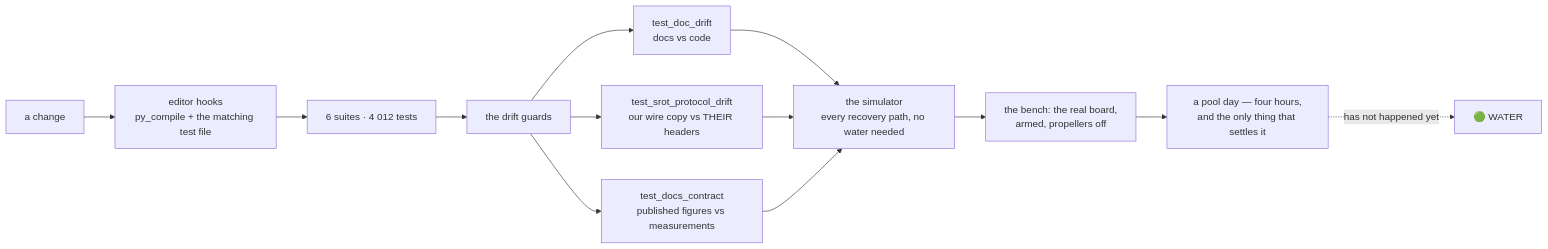
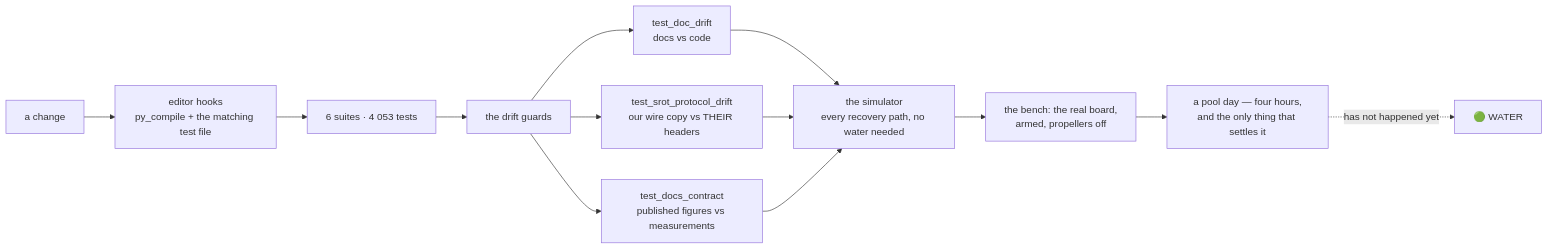
One commit to fh1m/mongla_ws changed the ninth of 10 diagrams in README.md. Above: the diagram before and after it, drawn with Mermaid. The commit also changed other lines of this file and 11 other files, not shown here.

````diff
--- a/README.md
+++ b/README.md
@@ -752,15 +752,15 @@
 ```mermaid
 flowchart LR
     DEV["a change"] --> HOOK["editor hooks<br/>py_compile + the matching test file"]
-    HOOK --> UNIT["6 suites · 4 012 tests"]
+    HOOK --> UNIT["6 suites · 4 053 tests"]
     UNIT --> GUARD["the drift guards"]
     GUARD --> G1["test_doc_drift<br/>docs vs code"]
     GUARD --> G2["test_srot_protocol_drift<br/>our wire copy vs THEIR headers"]
     GUARD --> G3["test_docs_contract<br/>published figures vs measurements"]
     G1 --> SIM["the simulator<br/>every recovery path, no water needed"]
     G2 --> SIM
     G3 --> SIM
     SIM --> BENCH["the bench: the real board,<br/>armed, propellers off"]
     BENCH --> POOL["a pool day — four hours,<br/>and the only thing that settles it"]
     POOL -.->|"has not happened yet"| WATER["🟢 WATER"]
 ```
````
